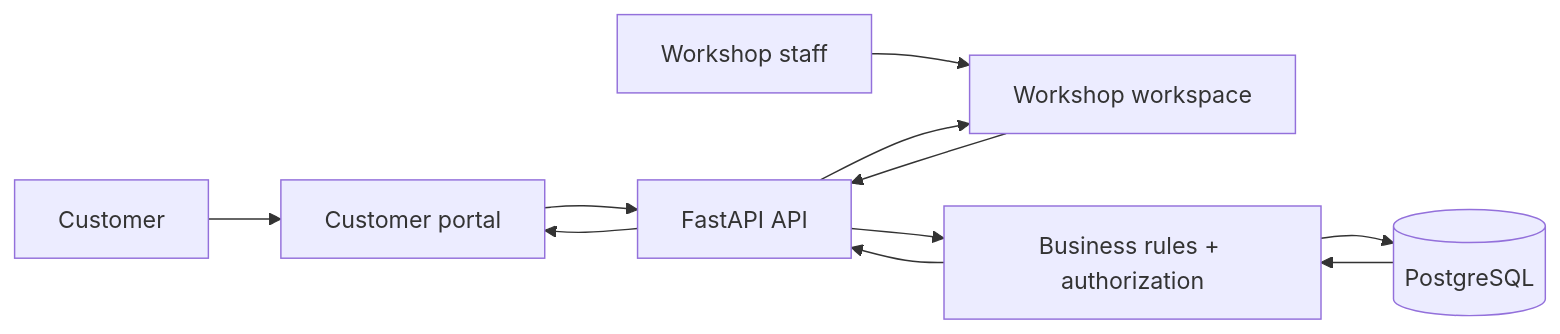
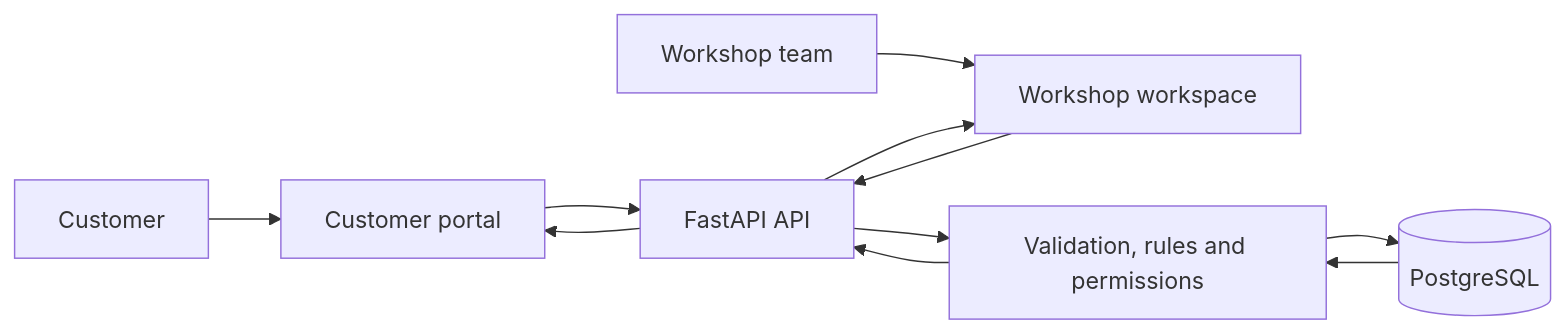
Before and after one commit to faizansaiyed123/autofix_frontend: the diagram in docs/testing/VISUAL-TEST-WALKTHROUGH.md, drawn with Mermaid. The commit also changed other lines of this file, not shown here.

````diff
--- a/docs/testing/VISUAL-TEST-WALKTHROUGH.md
+++ b/docs/testing/VISUAL-TEST-WALKTHROUGH.md
@@ -21,12 +13,13 @@
 ```mermaid
 flowchart LR
   C[Customer] --> P[Customer portal]
-  S[Workshop staff] --> W[Workshop workspace]
+  S[Workshop team] --> W[Workshop workspace]
   P --> A[FastAPI API]
   W --> A
-  A --> R[Business rules + authorization]
+  A --> R[Validation, rules and permissions]
   R --> DB[(PostgreSQL)]
-  DB --> R --> A
+  DB --> R
+  R --> A
   A --> P
   A --> W
 ```
````
